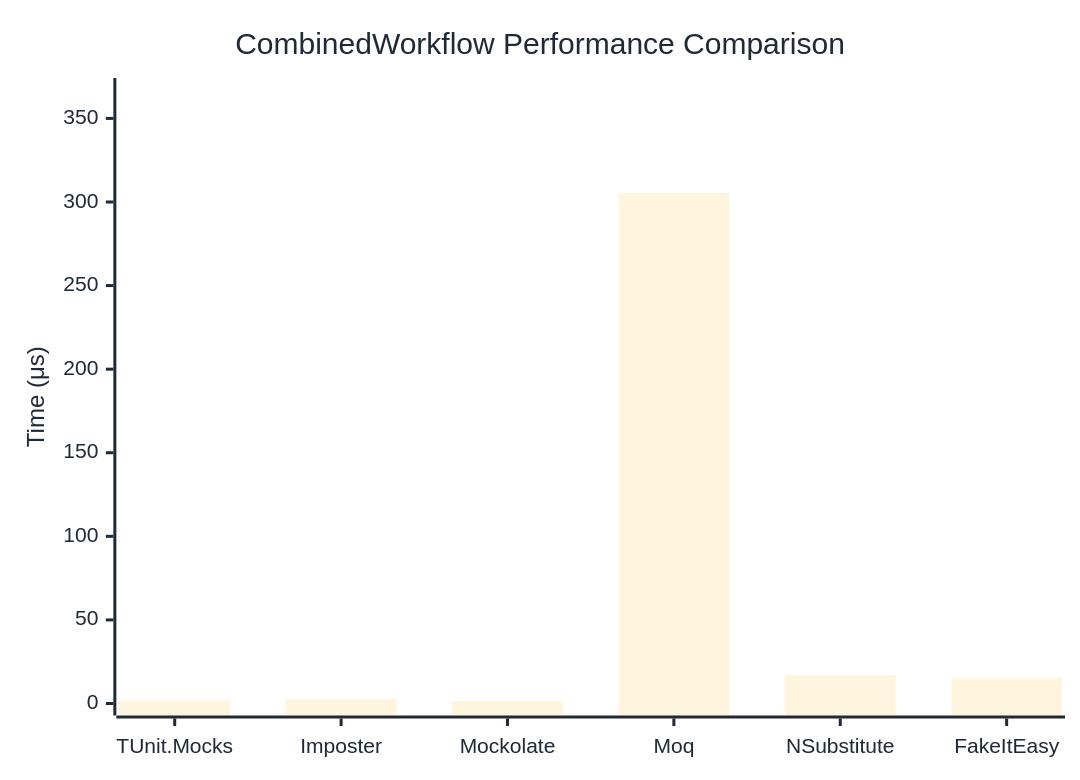
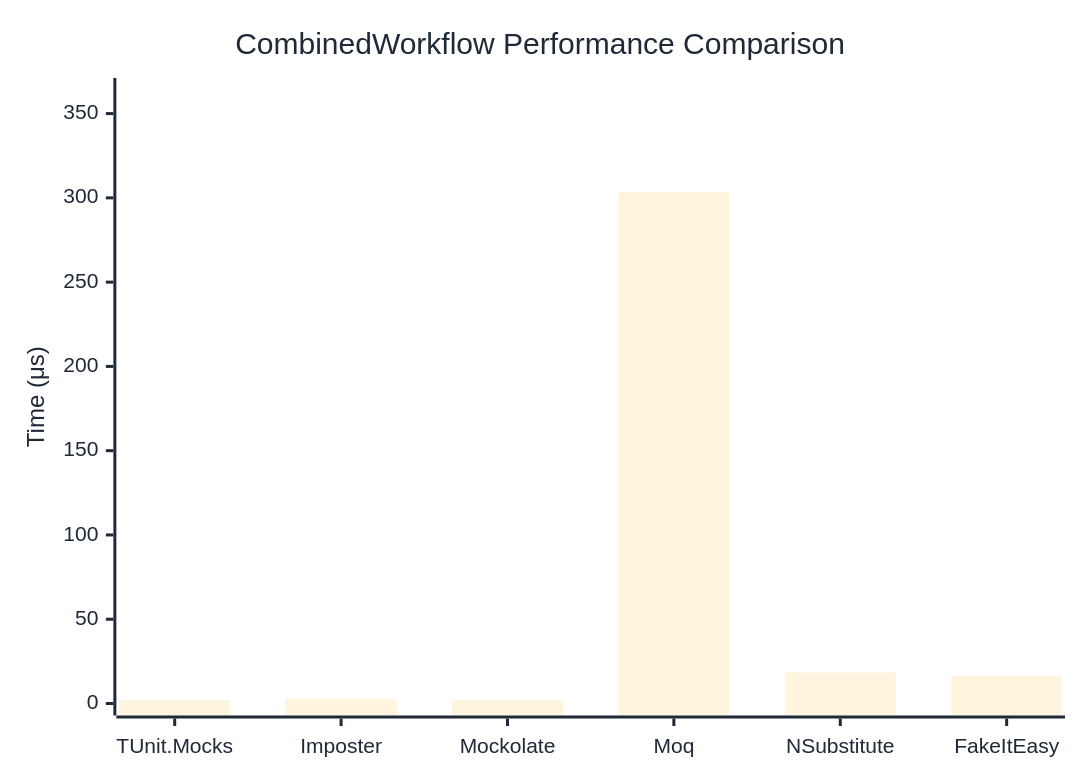
The diagram in docs/docs/benchmarks/mocks/CombinedWorkflow.md (thomhurst/TUnit), drawn with Mermaid before and after one commit. The commit also changed other lines of this file and 14 other files, not shown here.

````diff
--- a/docs/docs/benchmarks/mocks/CombinedWorkflow.md
+++ b/docs/docs/benchmarks/mocks/CombinedWorkflow.md
@@ -30,27 +30,27 @@
 ```mermaid
 %%{init: {
   'theme':'base',
   'themeVariables': {
     'primaryColor': '#2563eb',
     'primaryTextColor': '#1f2937',
     'primaryBorderColor': '#1e40af',
     'lineColor': '#6b7280',
     'secondaryColor': '#7c3aed',
     'tertiaryColor': '#dc2626',
     'background': '#ffffff',
     'pie1': '#2563eb',
     'pie2': '#7c3aed',
     'pie3': '#dc2626',
     'pie4': '#f59e0b',
     'pie5': '#10b981',
     'pie6': '#06b6d4',
     'pie7': '#ec4899',
     'pie8': '#6366f1'
   }
 }}%%
 xychart-beta
   title "CombinedWorkflow Performance Comparison"
   x-axis ["TUnit.Mocks", "Imposter", "Mockolate", "Moq", "NSubstitute", "FakeItEasy"]
-  y-axis "Time (μs)" 0 --> 367
-  bar [1.811, 2.674, 1.603, 305.4, 17.07, 15.281]
+  y-axis "Time (μs)" 0 --> 364
+  bar [2.005, 2.783, 1.79, 303.325, 18.32, 16.434]
 ```
````
